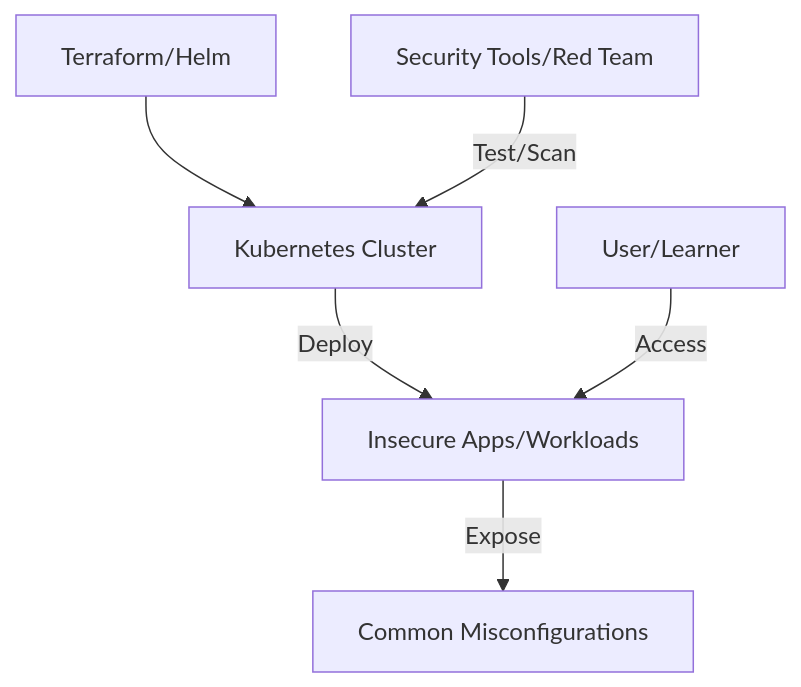
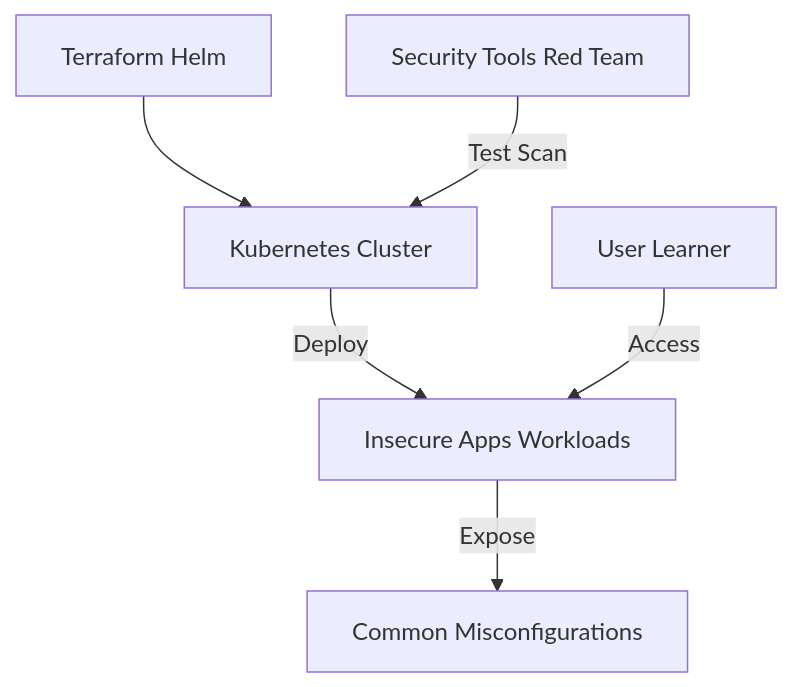
Before and after one commit to TheHaywire/special-waffle: the second of 2 diagrams in docs/architecture/cloud_security.md, drawn with Mermaid. The commit also changed other lines of this file, not shown here.

Commit message:
fix(docs): fix Mermaid diagram syntax in cloud_security.md for compatibility

````diff
--- a/docs/architecture/cloud_security.md
+++ b/docs/architecture/cloud_security.md
@@ -36,8 +36,8 @@
 ```mermaid
 flowchart TD
-    A[Terraform/Helm] --> B[Kubernetes Cluster]
-    B -->|Deploy| C[Insecure Apps/Workloads]
+    A[Terraform Helm] --> B[Kubernetes Cluster]
+    B -->|Deploy| C[Insecure Apps Workloads]
     C -->|Expose| D[Common Misconfigurations]
-    E[Security Tools/Red Team] -->|Test/Scan| B
-    F[User/Learner] -->|Access| C
+    E[Security Tools Red Team] -->|Test Scan| B
+    F[User Learner] -->|Access| C
 ```
````
